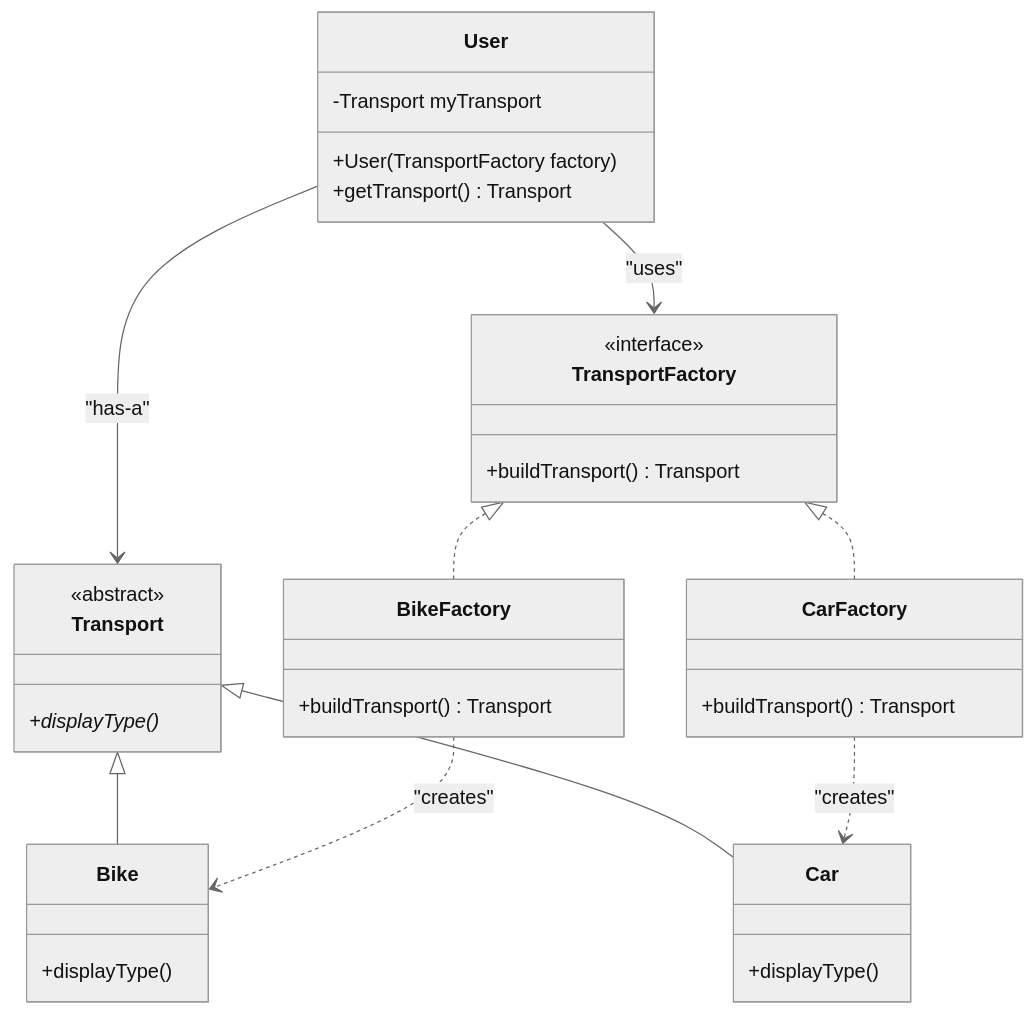
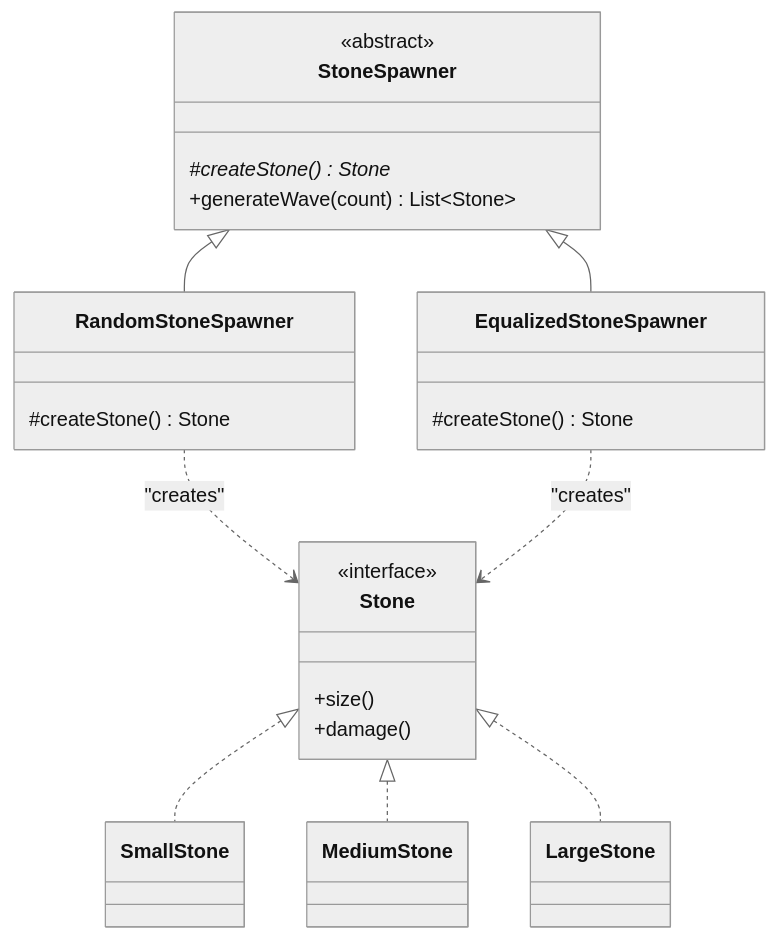
One commit to WhySeriousKaif/SystemDesignAll changed the diagram in scaler/concept/factory/README.md. Above: the diagram before and after it, drawn with Mermaid (neutral theme). The commit also changed other lines of this file and 17 other files, not shown here.

````diff
--- a/scaler/concept/factory/README.md
+++ b/scaler/concept/factory/README.md
@@ -15,45 +200,35 @@
 ```mermaid
 classDiagram
-    direction TB
-
-    class Transport {
+    class Stone {
+        <<interface>>
+        +size()
+        +damage()
+    }
+    class SmallStone
+    class MediumStone
+    class LargeStone
+    
+    Stone <|.. SmallStone
+    Stone <|.. MediumStone
+    Stone <|.. LargeStone
+    
+    class StoneSpawner {
         <<abstract>>
-        +displayType()*
+        #createStone()* Stone
+        +generateWave(count) List~Stone~
     }
-
-    class Bike {
-        +displayType()
+    
+    class RandomStoneSpawner {
+        #createStone() Stone
     }
-
-    class Car {
-        +displayType()
+    
+    class EqualizedStoneSpawner {
+        #createStone() Stone
     }
-
-    class TransportFactory {
-        <<interface>>
-        +buildTransport() Transport
-    }
-
-    class BikeFactory {
-        +buildTransport() Transport
-    }
-
-    class CarFactory {
-        +buildTransport() Transport
-    }
-
-    class User {
-        -Transport myTransport
-        +User(TransportFactory factory)
-        +getTransport() Transport
-    }
-
-    Transport <|-- Bike
-    Transport <|-- Car
-    TransportFactory <|.. BikeFactory
-    TransportFactory <|.. CarFactory
-    BikeFactory ..> Bike : "creates"
-    CarFactory ..> Car : "creates"
-    User --> TransportFactory : "uses"
-    User --> Transport : "has-a"
+    
+    StoneSpawner <|-- RandomStoneSpawner
+    StoneSpawner <|-- EqualizedStoneSpawner
+    
+    RandomStoneSpawner ..> Stone : "creates"
+    EqualizedStoneSpawner ..> Stone : "creates"
 ```
````
